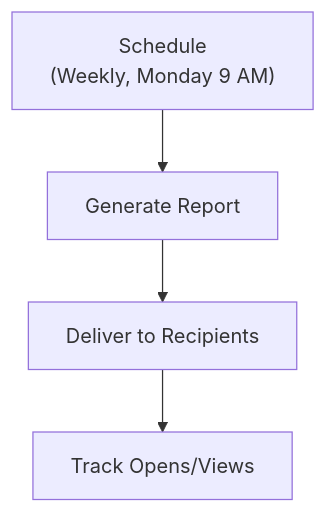
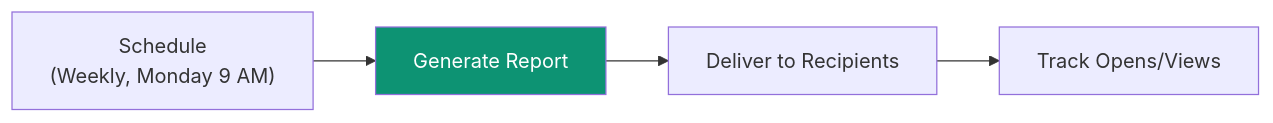
Before and after one commit to ashishsuperatom/tech-docs: the first of 2 diagrams in platform/reports.mdx, drawn with Mermaid. The commit also changed other lines of this file and 80 other files, not shown here.

````diff
--- a/platform/reports.mdx
+++ b/platform/reports.mdx
@@ -109,7 +129,8 @@
 ```mermaid
-flowchart TD
+flowchart LR
     SCHEDULE["Schedule<br>(Weekly, Monday 9 AM)"] --> GENERATE["Generate Report"]
     GENERATE --> DELIVER["Deliver to Recipients"]
     DELIVER --> TRACK["Track Opens/Views"]
 
+    style GENERATE fill:#0D9373,color:#fff
 ```
````
